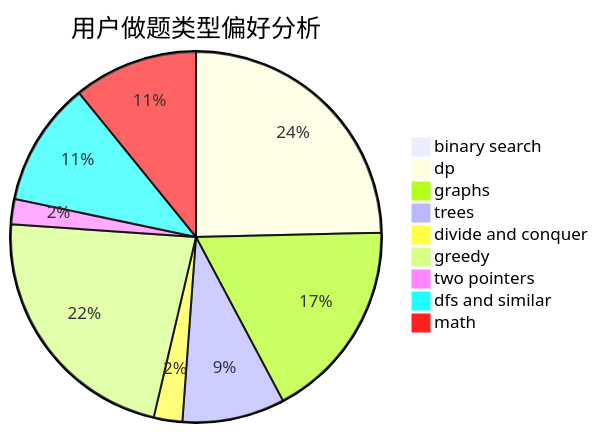
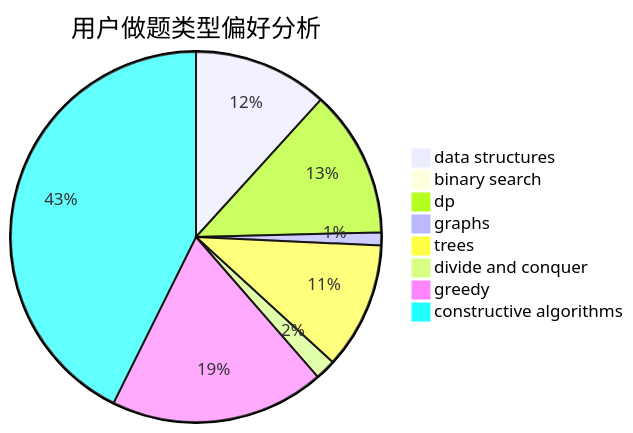
One commit to sherpahu/cfrs.github.io changed the second of 3 diagrams in docs/user/u2155.md. Above: the diagram before and after it, drawn with Mermaid. The commit also changed other lines of this file and 2775 other files, not shown here.

````diff
--- a/docs/user/u2155.md
+++ b/docs/user/u2155.md
@@ -23,12 +23,11 @@
 ```mermaid
 pie title 用户做题类型偏好分析
-    "binary search" :  6
-    "dp" :  168
-    "graphs" :  120
-    "trees" :  61
-    "divide and conquer" :  17
-    "greedy" :  153
-    "two pointers" :  15
-    "dfs and similar" :  74
-    "math" :  74
+    "data structures" :  52
+    "binary search" :  1
+    "dp" :  57
+    "graphs" :  5
+    "trees" :  49
+    "divide and conquer" :  8
+    "greedy" :  83
+    "constructive algorithms" :  189
 ```
````
